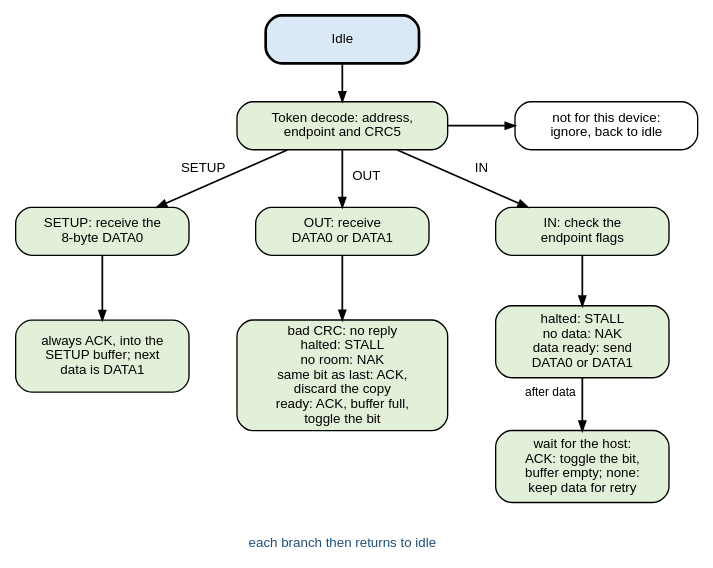
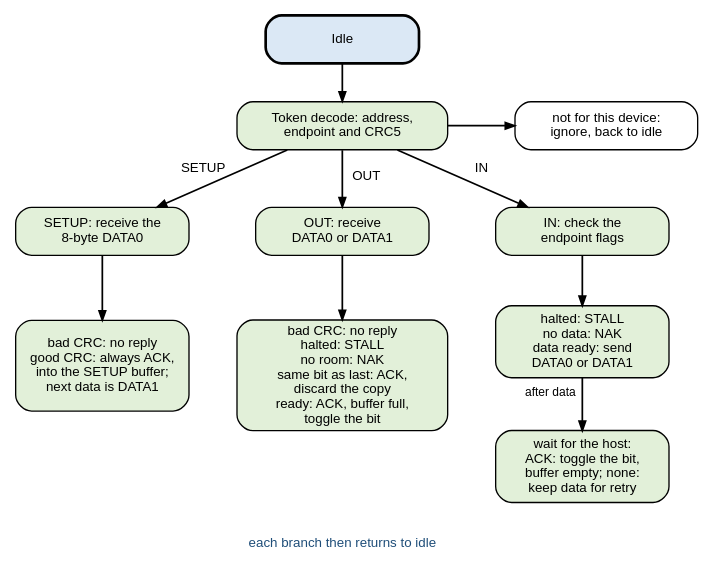
Before and after one commit to mithro/evampire: the diagram in docs/usb-serial/software-cost/handshake.dot, drawn with Graphviz. The commit also changed 1 other file, not shown here.

Commit message:
Show that a SETUP packet with a bad CRC gets no reply

```diff
--- a/docs/usb-serial/software-cost/handshake.dot
+++ b/docs/usb-serial/software-cost/handshake.dot
@@ -1,50 +1,50 @@
 // State machine of the automatic handshakes: after a token for this
 // device, the reply depends only on per-endpoint flags that software sets
 // (buffer ready, data ready, halted) and the DATA0/DATA1 sequence bit.
 //
 // Fixed grid (positions in inches): idle and token decode in the centre
 // column (x=3.6); the SETUP, OUT and IN branches in three columns
 // (x=1.1, 3.6, 6.1). Every branch returns to idle.
 //
 // SPDX-License-Identifier: Apache-2.0
 
 digraph handshake {
     graph [layout=neato, splines=false, overlap=true, fontname="Helvetica",
            size="7.4,6"];
     node  [shape=box, style="rounded,filled", fillcolor="#e2f0d9",
            fontname="Helvetica", fontsize=10, width=2.0, height=0.5,
            fixedsize=true];
     edge  [arrowsize=0.7, penwidth=1.3, fontname="Helvetica", fontsize=10];
 
     idle  [pos="3.6,5.5!", width=1.6, label="Idle", fillcolor="#dbe8f5",
            style="rounded,filled,bold"];
     tok   [pos="3.6,4.6!", width=2.2, label="Token decode: address,\nendpoint and CRC5"];
     ign   [pos="6.35,4.6!", width=1.9, label="not for this device:\nignore, back to idle",
            fillcolor="#ffffff"];
 
     setup [pos="1.1,3.5!", width=1.8, label="SETUP: receive the\n8-byte DATA0"];
     out   [pos="3.6,3.5!", width=1.8, label="OUT: receive\nDATA0 or DATA1"];
     in    [pos="6.1,3.5!", width=1.8, label="IN: check the\nendpoint flags"];
 
-    s_r   [pos="1.1,2.2!", width=1.8, height=0.75,
-           label="always ACK, into the\nSETUP buffer; next\ndata is DATA1"];
+    s_r   [pos="1.1,2.1!", width=1.8, height=0.95,
+           label="bad CRC: no reply\ngood CRC: always ACK,\ninto the SETUP buffer;\nnext data is DATA1"];
     o_r   [pos="3.6,2.0!", width=2.2, height=1.15,
            label="bad CRC: no reply\nhalted: STALL\nno room: NAK\nsame bit as last: ACK,\ndiscard the copy\nready: ACK, buffer full,\ntoggle the bit"];
     i_r   [pos="6.1,2.35!", width=1.8, height=0.75,
            label="halted: STALL\nno data: NAK\ndata ready: send\nDATA0 or DATA1"];
     i_w   [pos="6.1,1.05!", width=1.8, height=0.75,
            label="wait for the host:\nACK: toggle the bit,\nbuffer empty; none:\nkeep data for retry"];
 
     node  [shape=plaintext, style="", fontsize=10, width=1.0, height=0.2];
     ret   [pos="3.6,0.25!", width=3.6, fontcolor="#1f4e79",
            label="each branch then returns to idle"];
     l_s   [pos="2.15,4.15!", width=0.6, label="SETUP"];
     l_o   [pos="3.85,4.07!", width=0.5, label="OUT"];
     l_i   [pos="5.05,4.15!", width=0.4, label="IN"];
 
     idle -> tok;
     tok -> ign;
     tok -> setup;  tok -> out;  tok -> in;
     setup -> s_r;  out -> o_r;  in -> i_r;
     i_r -> i_w [label=" after data", fontsize=9];
 }
```
